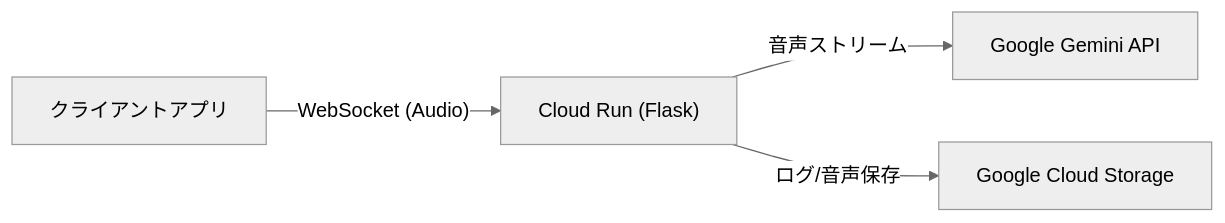
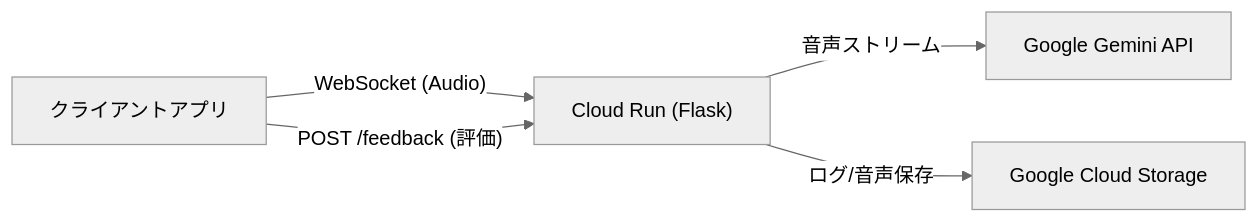
Before and after one commit to ktwebsite/live_talk_app_realtime: the diagram in readme.md, drawn with Mermaid (neutral theme).

Commit message:
Update architecture diagram with feedback flow

````diff
--- a/readme.md
+++ b/readme.md
@@ -22,6 +22,7 @@
 ```mermaid
 graph LR
     Client["クライアントアプリ"] -- "WebSocket (Audio)" --> CloudRun["Cloud Run (Flask)"]
+    Client -- "POST /feedback (評価)" --> CloudRun
     CloudRun -- "音声ストリーム" --> Gemini["Google Gemini API"]
     CloudRun -- "ログ/音声保存" --> GCS["Google Cloud Storage"]
 ```
````
